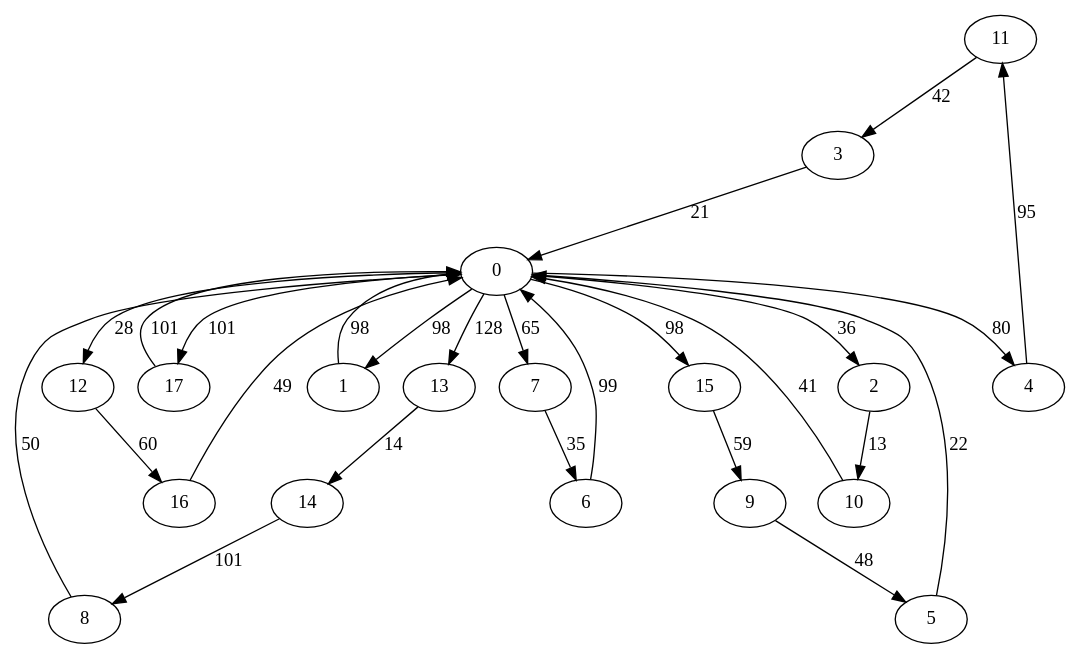
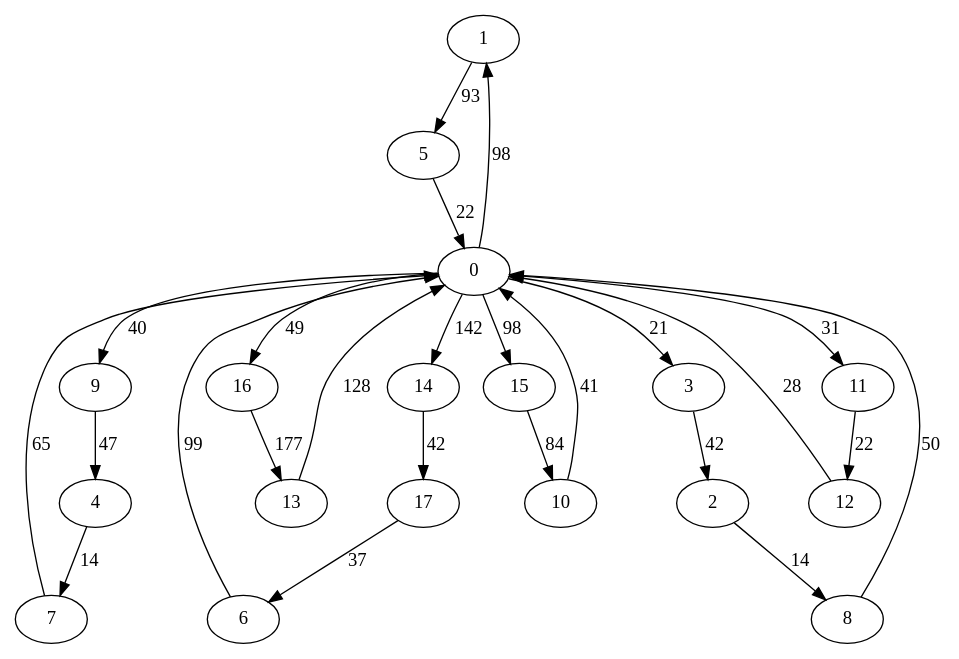
One commit to akosej/vehicle_routing changed the diagram in grafos/iteration3.dot. Above: the diagram before and after it, drawn with Graphviz. The commit also changed 9 other files, not shown here.

```diff
--- a/grafos/iteration3.dot
+++ b/grafos/iteration3.dot
@@ -1,46 +1,45 @@
 digraph G {
-	11->3[ label=42 ];
-	13->14[ label=14 ];
-	1->0[ label=98 ];
-	3->0[ label=21 ];
+	1->5[ label=93 ];
+	9->4[ label=47 ];
+	7->0[ label=65 ];
+	3->2[ label=42 ];
+	16->13[ label=177 ];
+	0->1[ label=98 ];
+	0->15[ label=98 ];
+	0->9[ label=40 ];
+	0->14[ label=142 ];
+	0->3[ label=21 ];
+	0->11[ label=31 ];
+	0->16[ label=49 ];
+	5->0[ label=22 ];
+	17->6[ label=37 ];
+	2->8[ label=14 ];
+	12->0[ label=28 ];
+	10->0[ label=41 ];
+	4->7[ label=14 ];
+	14->17[ label=42 ];
+	13->0[ label=128 ];
+	15->10[ label=84 ];
+	6->0[ label=99 ];
 	8->0[ label=50 ];
-	12->16[ label=60 ];
-	0->4[ label=80 ];
-	0->13[ label=128 ];
-	0->1[ label=98 ];
-	0->12[ label=28 ];
-	0->17[ label=101 ];
-	0->7[ label=65 ];
-	0->2[ label=36 ];
-	0->15[ label=98 ];
-	7->6[ label=35 ];
-	6->0[ label=99 ];
-	15->9[ label=59 ];
-	5->0[ label=22 ];
-	2->10[ label=13 ];
-	10->0[ label=41 ];
-	14->8[ label=101 ];
-	16->0[ label=49 ];
-	9->5[ label=48 ];
-	4->11[ label=95 ];
-	17->0[ label=101 ];
+	11->12[ label=22 ];
 	0 [ label=0 ];
 	1 [ label=1 ];
 	10 [ label=10 ];
 	11 [ label=11 ];
 	12 [ label=12 ];
 	13 [ label=13 ];
 	14 [ label=14 ];
 	15 [ label=15 ];
 	16 [ label=16 ];
 	17 [ label=17 ];
 	2 [ label=2 ];
 	3 [ label=3 ];
 	4 [ label=4 ];
 	5 [ label=5 ];
 	6 [ label=6 ];
 	7 [ label=7 ];
 	8 [ label=8 ];
 	9 [ label=9 ];
 
 }
```
